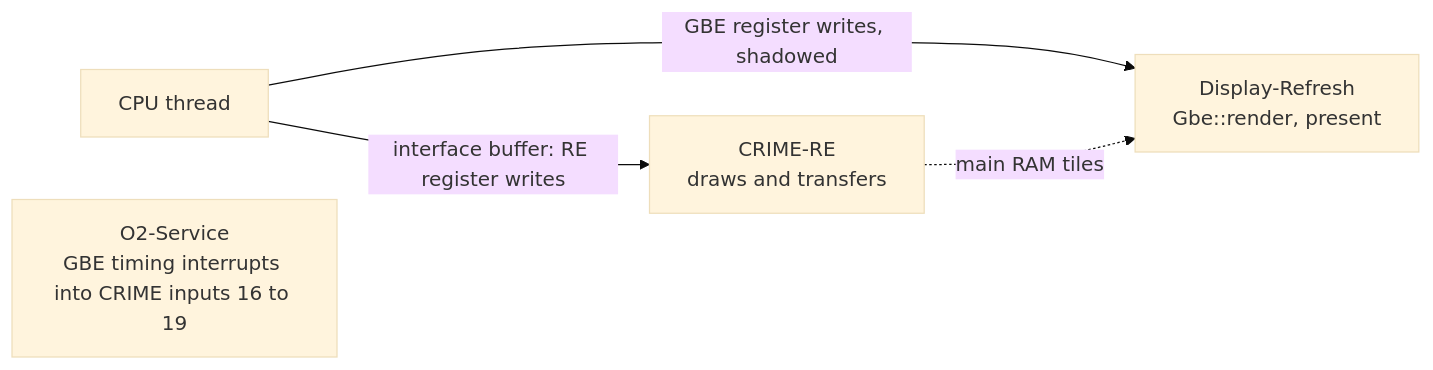
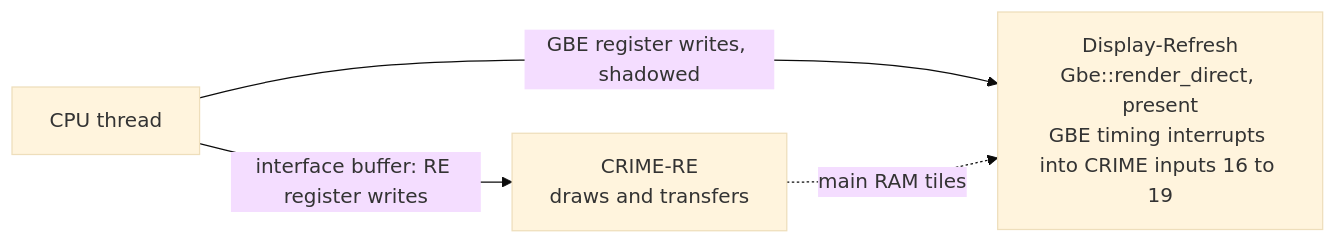
The third of 3 diagrams in docs/graphics/o2.md (techomancer/iris), drawn with Mermaid (base theme) before and after one commit. The commit also changed other lines of this file and 10 other files, not shown here.

First line of the commit message:
o2: the refresh thread raises GBE's timing interrupts at their lines

````diff
--- a/docs/graphics/o2.md
+++ b/docs/graphics/o2.md
@@ -89,7 +89,6 @@
 ```mermaid
 flowchart LR
   cpu["CPU thread"] -->|interface buffer: RE register writes| re["CRIME-RE<br/>draws and transfers"]
-  cpu -->|GBE register writes, shadowed| disp["Display-Refresh<br/>Gbe::render, present"]
+  cpu -->|GBE register writes, shadowed| disp["Display-Refresh<br/>Gbe::render_direct, present<br/>GBE timing interrupts into CRIME inputs 16 to 19"]
   re -.->|main RAM tiles| disp
-  svc["O2-Service<br/>GBE timing interrupts into CRIME inputs 16 to 19"]
 ```
````
